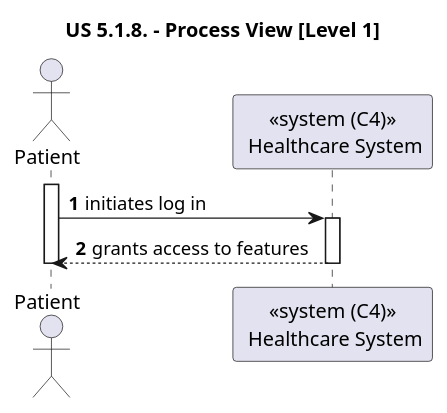
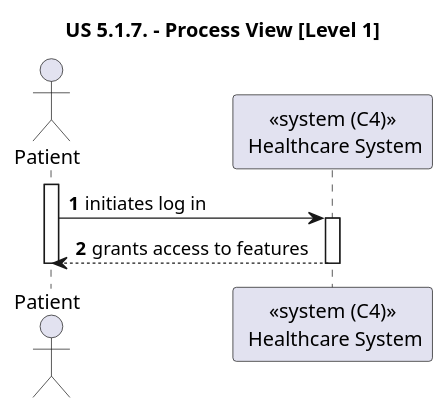
One commit to rita-barbosa/LAPR5-2425 changed the diagram in docs/sprint-1/us-5.1.7/diagrams/level-1-process-view.puml. Above: the diagram before and after it, drawn with PlantUML. The commit also changed 8 other files, not shown here.

Commit message:
DG38-16 | docs: updates process view diagrams.

```diff
--- a/docs/sprint-1/us-5.1.7/diagrams/level-1-process-view.puml
+++ b/docs/sprint-1/us-5.1.7/diagrams/level-1-process-view.puml
@@ -1,18 +1,18 @@
 @startuml
 
-title "US 5.1.8. - Process View [Level 1]"
+title "US 5.1.7. - Process View [Level 1]"
 
 autonumber
 
 actor Patient as ADM
 participant "<<system (C4)>>\n Healthcare System" as SYS
 
 activate ADM
 ADM -> SYS : initiates log in
 activate SYS
 
 SYS --> ADM : grants access to features
 deactivate SYS
 deactivate ADM
 
 @enduml
```
